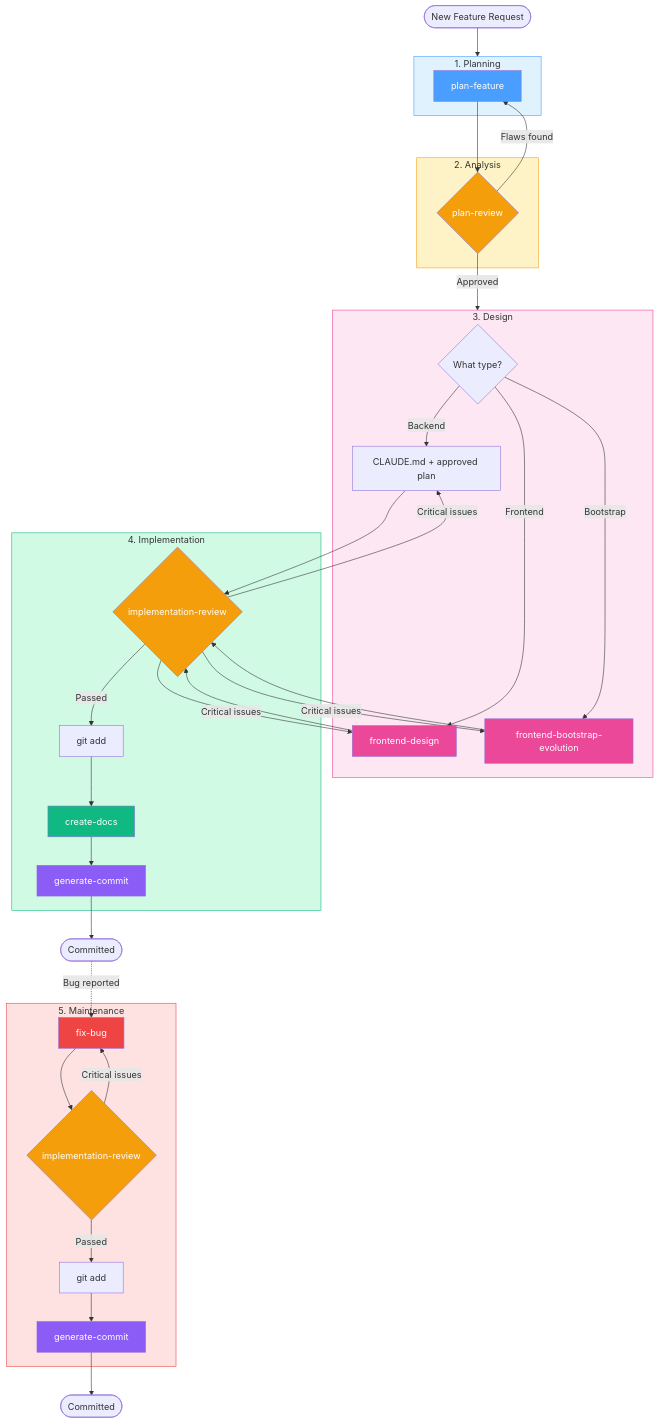
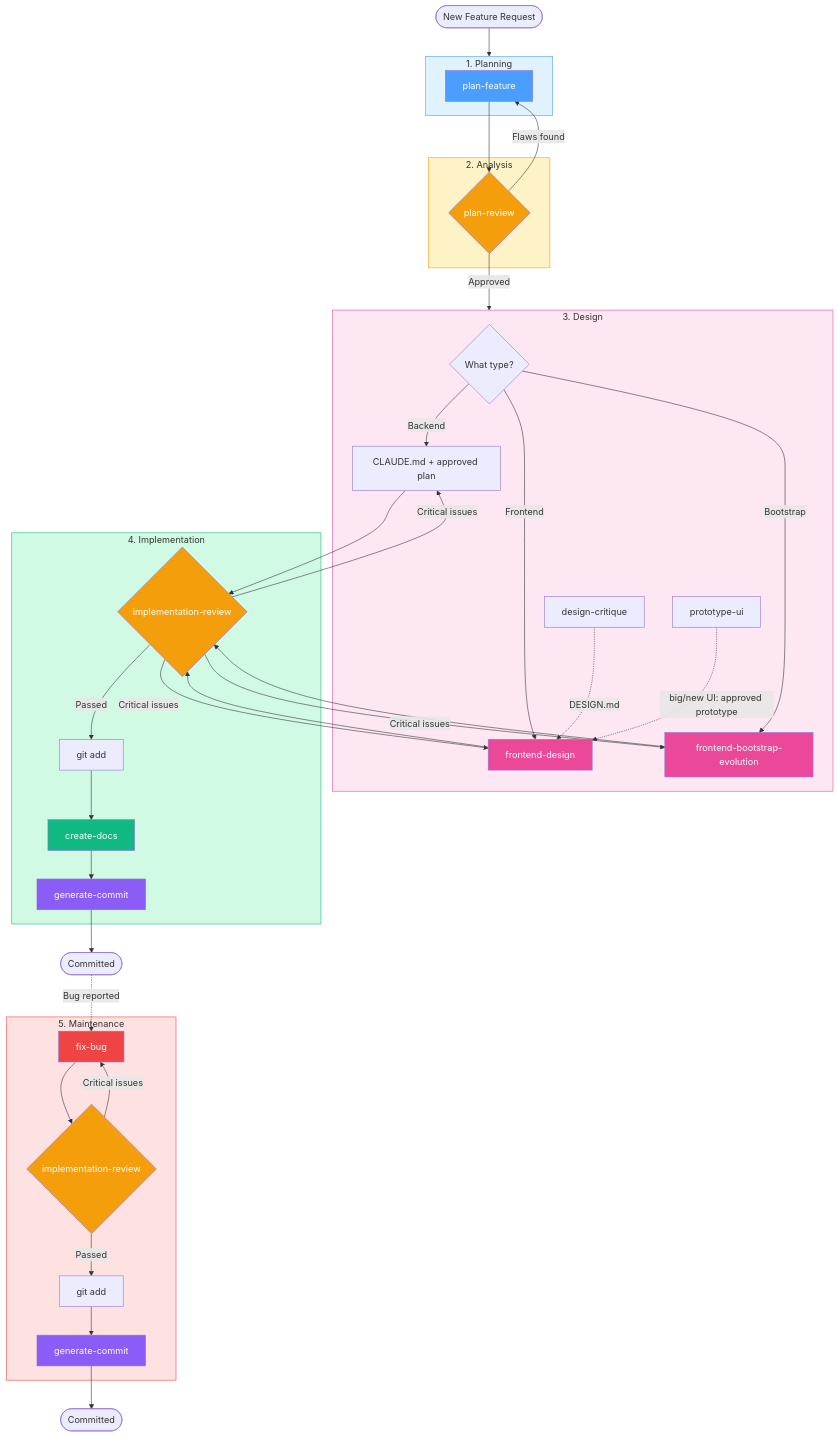
Before and after one commit to AmirinNS/coding-agent-skills: the diagram in README.md, drawn with Mermaid. The commit also changed other lines of this file and 7 other files, not shown here.

First line of the commit message:
feat(skills): add prototype-ui skill and split frontend-design

````diff
--- a/README.md
+++ b/README.md
@@ -81,71 +85,73 @@
 ```mermaid
 flowchart TD
     Start([New Feature Request]) --> P
 
     subgraph P[1. Planning]
         PF[plan-feature]
     end
 
     subgraph A[2. Analysis]
         PR{plan-review}
     end
 
     PF --> PR
     PR -->|Flaws found| PF
     PR -->|Approved| D
 
     subgraph D[3. Design]
         Impl{What type?}
         Impl -->|Backend| Code[CLAUDE.md + approved plan]
         Impl -->|Frontend| FD[frontend-design]
+        DC[design-critique] -.->|DESIGN.md| FD
+        PU[prototype-ui] -.->|big/new UI: approved prototype| FD
         Impl -->|Bootstrap| FBE[frontend-bootstrap-evolution]
     end
 
     subgraph I[4. Implementation]
         IR{implementation-review}
         Stage[git add]
         CD[create-docs]
         GC[generate-commit]
         IR -->|Passed| Stage
         Stage --> CD
         CD --> GC
     end
 
     Code --> IR
     FD --> IR
     FBE --> IR
     IR -->|Critical issues| Code
     IR -->|Critical issues| FD
     IR -->|Critical issues| FBE
     GC --> Done([Committed])
 
     subgraph M[5. Maintenance]
         FB[fix-bug]
         IR2{implementation-review}
         Stage2[git add]
         GC2[generate-commit]
         FB --> IR2
         IR2 -->|Critical issues| FB
         IR2 -->|Passed| Stage2
         Stage2 --> GC2
     end
 
     Done -.->|Bug reported| FB
     GC2 --> Fixed([Committed])
 
     style PF fill:#4a9eff,color:#fff
     style PR fill:#f59e0b,color:#fff
     style FD fill:#ec4899,color:#fff
     style FBE fill:#ec4899,color:#fff
     style IR fill:#f59e0b,color:#fff
     style CD fill:#10b981,color:#fff
     style GC fill:#8b5cf6,color:#fff
     style FB fill:#ef4444,color:#fff
     style IR2 fill:#f59e0b,color:#fff
     style GC2 fill:#8b5cf6,color:#fff
     style P fill:#e0f2fe,stroke:#4a9eff
     style A fill:#fef3c7,stroke:#f59e0b
     style D fill:#fce7f3,stroke:#ec4899
     style I fill:#d1fae5,stroke:#10b981
     style M fill:#fee2e2,stroke:#ef4444
 ```
````
